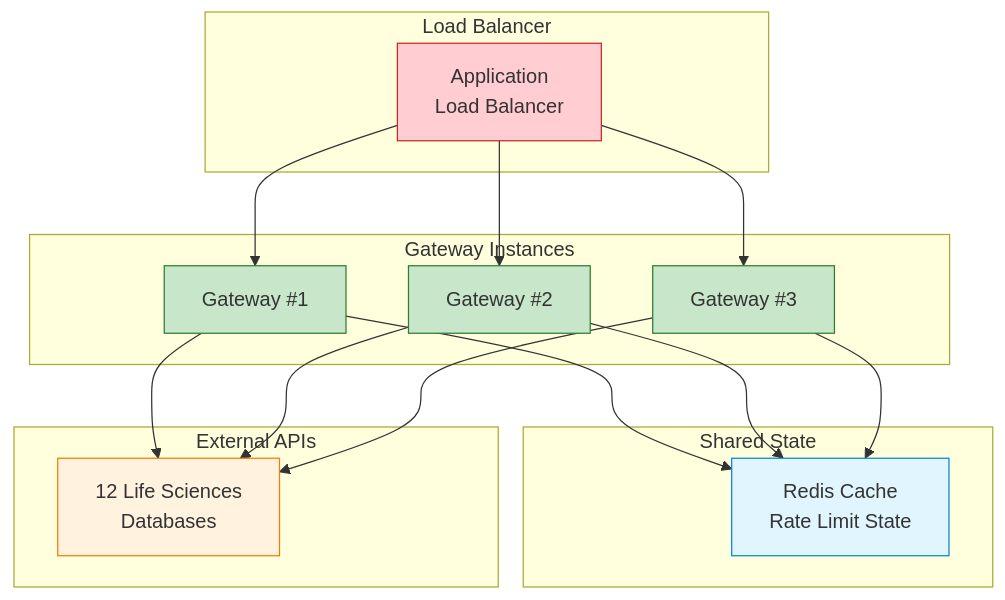
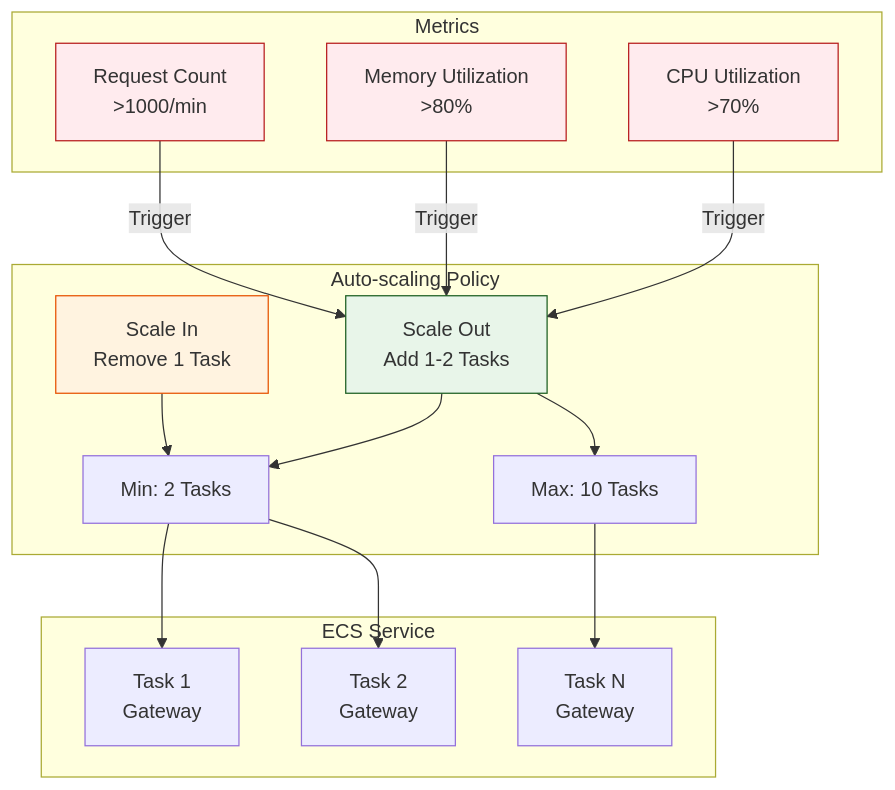
The sixth of 11 diagrams in architecture/diagrams/06_deployment_architecture.md (donbr/lifesciences-research), drawn with Mermaid before and after one commit. The commit also changed other lines of this file and 8 other files, not shown here.

````diff
--- a/architecture/diagrams/06_deployment_architecture.md
+++ b/architecture/diagrams/06_deployment_architecture.md
@@ -462,34 +545,39 @@
 ```mermaid
-graph TB
-    subgraph "Load Balancer"
-        LB[Application<br/>Load Balancer]
+graph TD
+    subgraph "Metrics"
+        CPU[CPU Utilization<br/>>70%]
+        Memory[Memory Utilization<br/>>80%]
+        RequestCount[Request Count<br/>>1000/min]
     end
 
-    subgraph "Gateway Instances"
-        GW1[Gateway #1]
-        GW2[Gateway #2]
-        GW3[Gateway #3]
+    subgraph "Auto-scaling Policy"
+        ScaleOut[Scale Out<br/>Add 1-2 Tasks]
+        ScaleIn[Scale In<br/>Remove 1 Task]
+        MinTasks[Min: 2 Tasks]
+        MaxTasks[Max: 10 Tasks]
     end
 
-    subgraph "Shared State"
-        CACHE[Redis Cache<br/>Rate Limit State]
+    subgraph "ECS Service"
+        Task1[Task 1<br/>Gateway]
+        Task2[Task 2<br/>Gateway]
+        TaskN[Task N<br/>Gateway]
     end
 
-    subgraph "External APIs"
-        EA[12 Life Sciences<br/>Databases]
-    end
+    CPU -->|Trigger| ScaleOut
+    Memory -->|Trigger| ScaleOut
+    RequestCount -->|Trigger| ScaleOut
 
-    LB --> GW1 & GW2 & GW3
-    GW1 & GW2 & GW3 --> CACHE
-    GW1 & GW2 & GW3 --> EA
+    ScaleOut --> MinTasks
+    ScaleOut --> MaxTasks
+    ScaleIn --> MinTasks
 
-    classDef lb fill:#ffcdd2,stroke:#c62828
-    classDef gw fill:#c8e6c9,stroke:#2e7d32
-    classDef cache fill:#e1f5fe,stroke:#0288d1
-    classDef api fill:#fff3e0,stroke:#f57c00
+    MinTasks --> Task1
+    MinTasks --> Task2
+    MaxTasks --> TaskN
 
-    class LB lb
-    class GW1,GW2,GW3 gw
-    class CACHE cache
-    class EA api
+    style CPU fill:#ffebee,stroke:#b71c1c
+    style Memory fill:#ffebee,stroke:#b71c1c
+    style RequestCount fill:#ffebee,stroke:#b71c1c
+    style ScaleOut fill:#e8f5e9,stroke:#1b5e20
+    style ScaleIn fill:#fff3e0,stroke:#e65100
 ```
````
